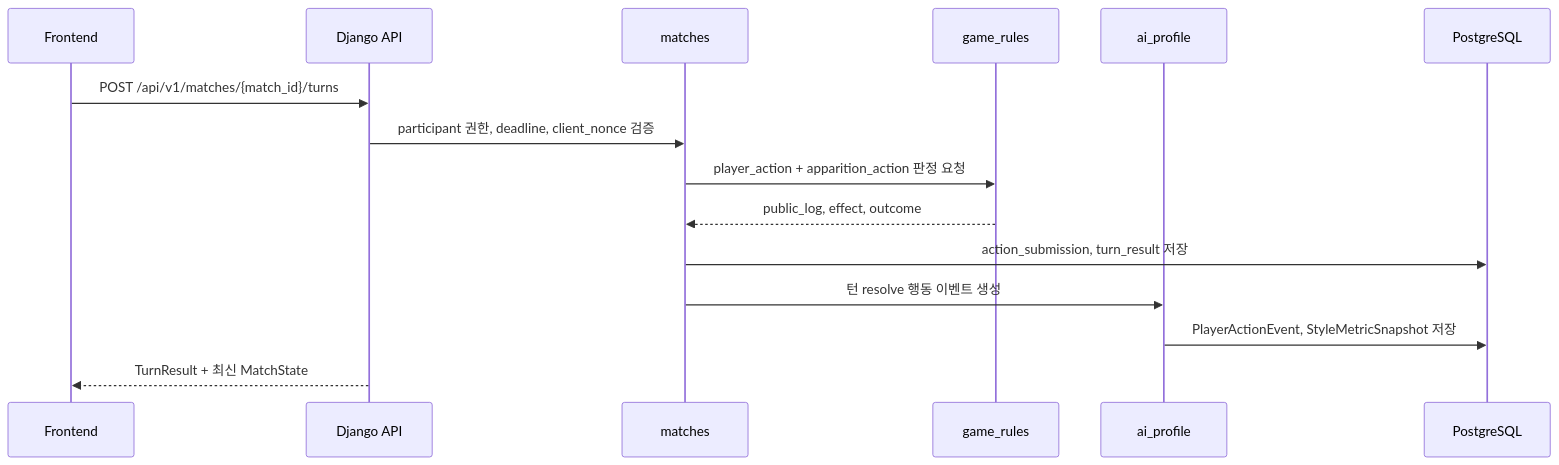
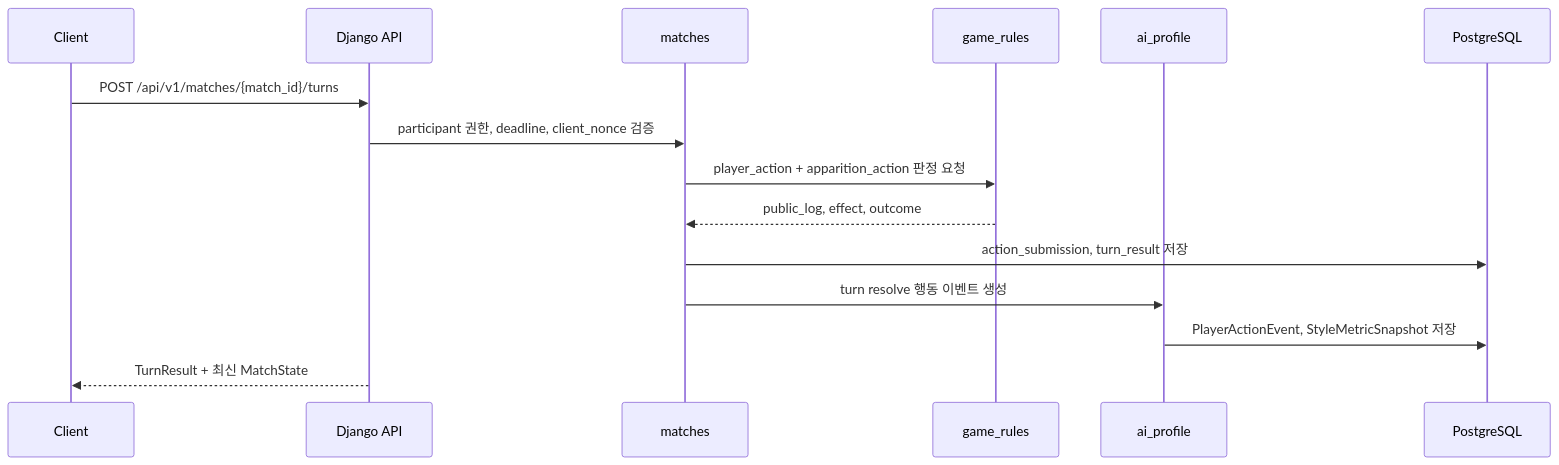
The fourth of 5 diagrams in README.md (SKNETWORKS-FAMILY-AICAMP/SKN27-4th-3team), drawn with Mermaid before and after one commit. The commit also changed other lines of this file and 1 other file, not shown here.

Commit message:
README.md (line 7)를 문서 기준으로 재정리했습니다. 프론트/LLM/KAG/GraphDB는 현재 사용 기술에서 분리했고, GraphDB는 미사용으로 명시했습니다. ERD는 README.md (line 231)에 “RDB 테이블 구성은 있음, 시각적 ERD 산출물은 아직 없음”으로 정리했습니다. memory.md (line 1)도 stale 상태라 현재 브랜치/모델/ERD 상태만 최소 갱신했습니다.

````diff
--- a/README.md
+++ b/README.md
@@ -145,18 +164,18 @@
 ```mermaid
 sequenceDiagram
-    participant F as Frontend
+    participant C as Client
     participant A as Django API
     participant M as matches
     participant G as game_rules
     participant P as ai_profile
     participant DB as PostgreSQL
 
-    F->>A: POST /api/v1/matches/{match_id}/turns
+    C->>A: POST /api/v1/matches/{match_id}/turns
     A->>M: participant 권한, deadline, client_nonce 검증
     M->>G: player_action + apparition_action 판정 요청
     G-->>M: public_log, effect, outcome
     M->>DB: action_submission, turn_result 저장
-    M->>P: 턴 resolve 행동 이벤트 생성
+    M->>P: turn resolve 행동 이벤트 생성
     P->>DB: PlayerActionEvent, StyleMetricSnapshot 저장
-    A-->>F: TurnResult + 최신 MatchState
+    A-->>C: TurnResult + 최신 MatchState
 ```
````
